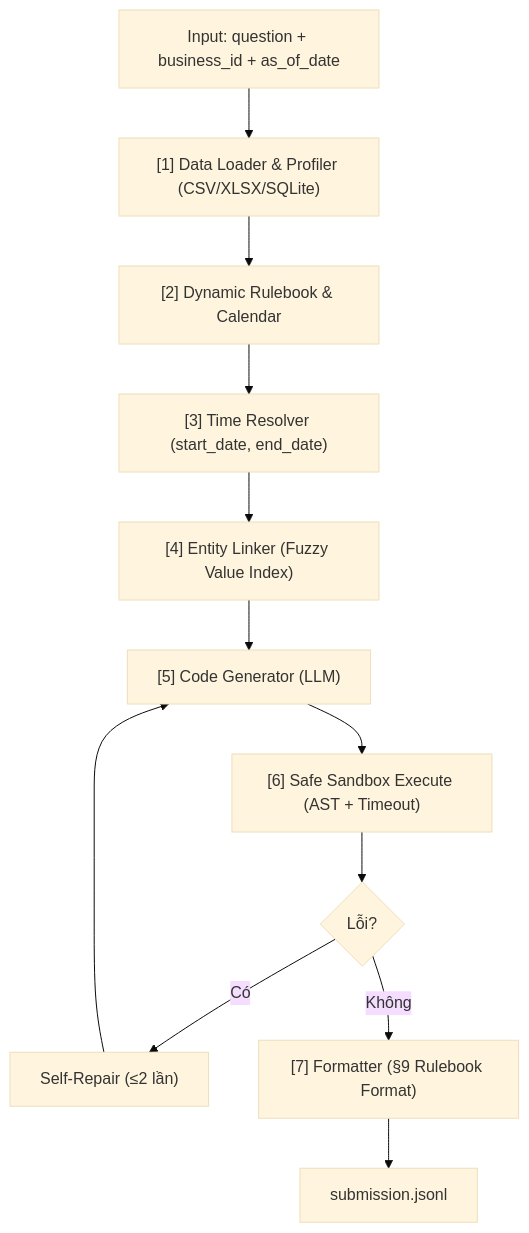
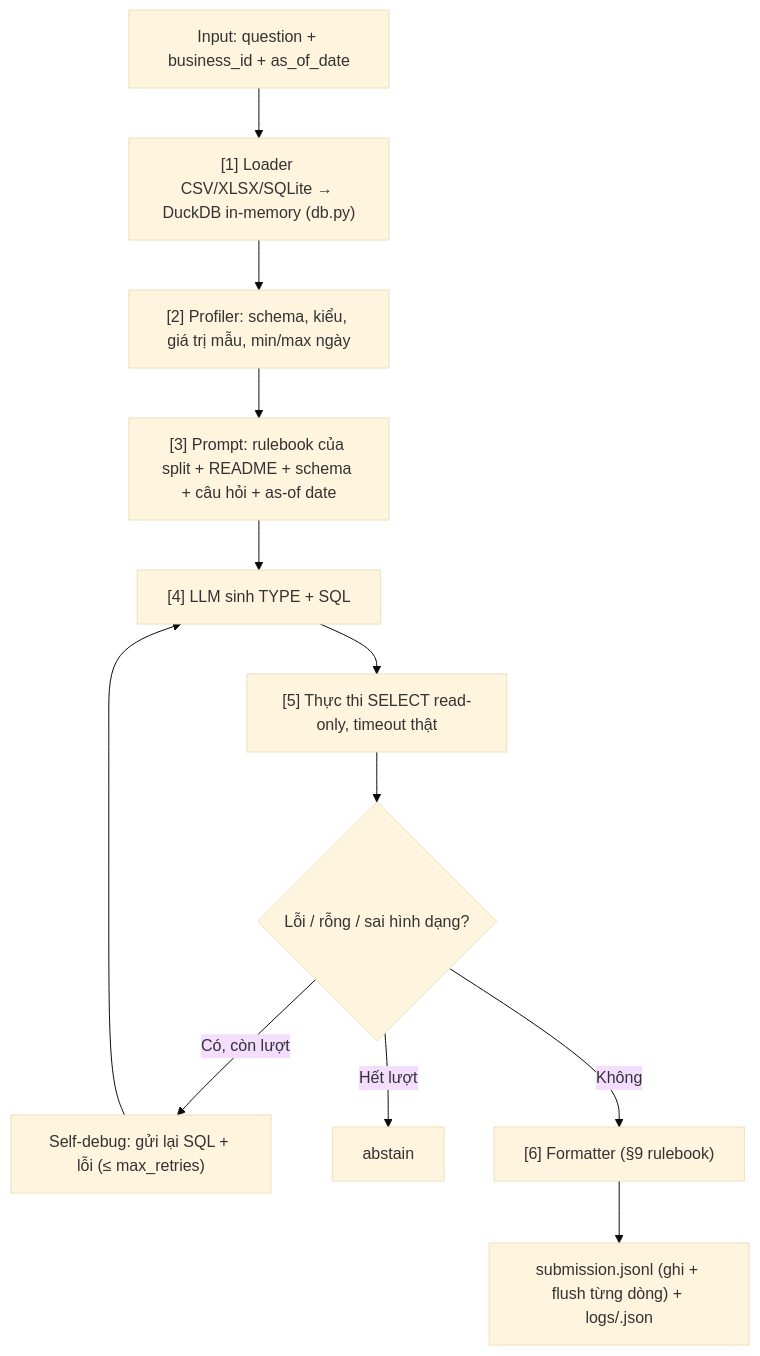
The diagram in README.md (VanHung-05/zalo_challenge_2026_datamate), drawn with Mermaid (base theme) before and after one commit. The commit also changed other lines of this file and 24 other files, not shown here.

Commit message:
feat: implement DuckDB text-to-SQL baseline and improve data pipeline

````diff
--- a/README.md
+++ b/README.md
@@ -18,14 +25,14 @@
 ```mermaid
 flowchart TD
-    A["Input: question + business_id + as_of_date"] --> B["[1] Data Loader & Profiler (CSV/XLSX/SQLite)"]
-    B --> C["[2] Dynamic Rulebook & Calendar"]
-    C --> D["[3] Time Resolver (start_date, end_date)"]
-    D --> E["[4] Entity Linker (Fuzzy Value Index)"]
-    E --> F["[5] Code Generator (LLM)"]
-    F --> G["[6] Safe Sandbox Execute (AST + Timeout)"]
-    G --> H{Lỗi?}
-    H -->|Có| I["Self-Repair (≤2 lần)"]
-    I --> F
-    H -->|Không| J["[7] Formatter (§9 Rulebook Format)"]
-    J --> K["submission.jsonl"]
+    A["Input: question + business_id + as_of_date"] --> B["[1] Loader CSV/XLSX/SQLite → DuckDB in-memory (db.py)"]
+    B --> C["[2] Profiler: schema, kiểu, giá trị mẫu, min/max ngày"]
+    C --> D["[3] Prompt: rulebook của split + README + schema + câu hỏi + as-of date"]
+    D --> E["[4] LLM sinh TYPE + SQL"]
+    E --> F["[5] Thực thi SELECT read-only, timeout thật"]
+    F --> G{Lỗi / rỗng / sai hình dạng?}
+    G -->|Có, còn lượt| H["Self-debug: gửi lại SQL + lỗi (≤ max_retries)"]
+    H --> E
+    G -->|Hết lượt| X["abstain"]
+    G -->|Không| I["[6] Formatter (§9 rulebook)"]
+    I --> K["submission.jsonl (ghi + flush từng dòng) + logs/<id>.json"]
 ```
````
